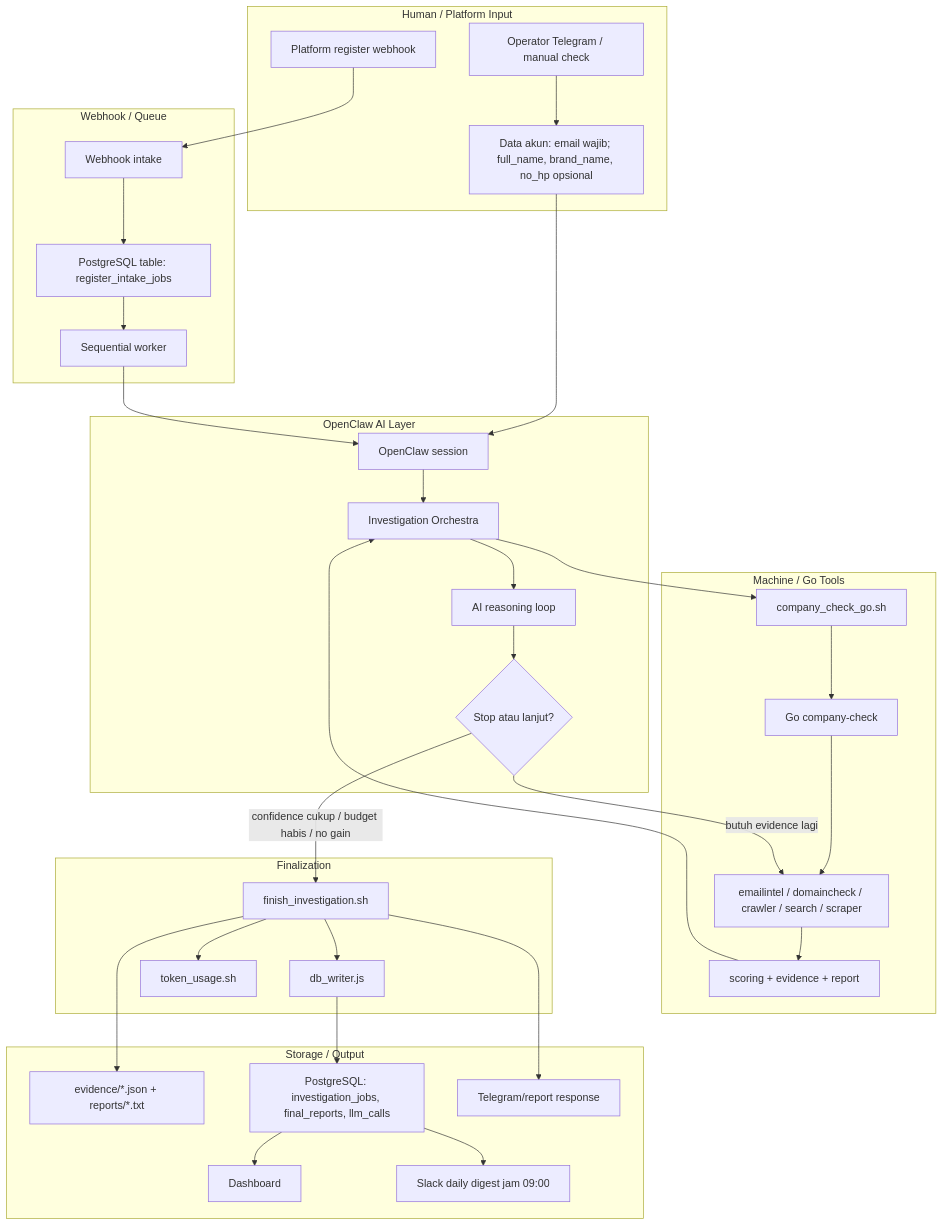
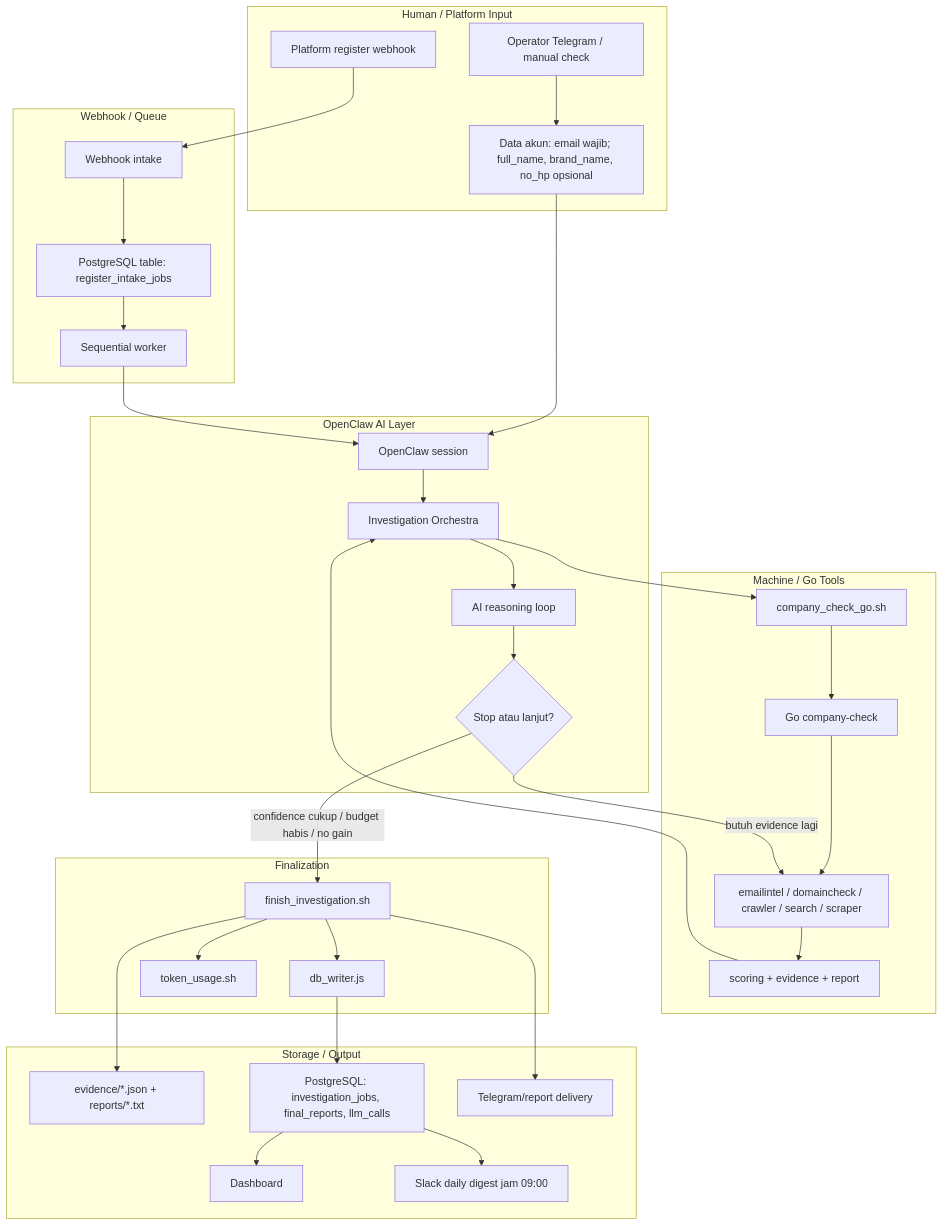
The second of 8 diagrams in docs/technical/FLOW_MAP.md (nunutech40/company-detector-bot), drawn with Mermaid before and after one commit. The commit also changed other lines of this file and 9 other files, not shown here.

````diff
--- a/docs/technical/FLOW_MAP.md
+++ b/docs/technical/FLOW_MAP.md
@@ -170,54 +173,54 @@
 ```mermaid
 flowchart TB
   subgraph human["Human / Platform Input"]
     H1["Operator Telegram / manual check"]
     H2["Platform register webhook"]
     H3["Data akun: email wajib; full_name, brand_name, no_hp opsional"]
   end
 
   subgraph intake["Webhook / Queue"]
     Q1["Webhook intake"]
     Q2["PostgreSQL table: register_intake_jobs"]
     Q3["Sequential worker"]
   end
 
   subgraph openclaw["OpenClaw AI Layer"]
     O1["OpenClaw session"]
     O2["Investigation Orchestra"]
     O3["AI reasoning loop"]
     O4{"Stop atau lanjut?"}
   end
 
   subgraph machine["Machine / Go Tools"]
     G1["company_check_go.sh"]
     G2["Go company-check"]
     G3["emailintel / domaincheck / crawler / search / scraper"]
     G4["scoring + evidence + report"]
   end
 
   subgraph finalization["Finalization"]
     F1["finish_investigation.sh"]
     F2["db_writer.js"]
     F3["token_usage.sh"]
   end
 
   subgraph output["Storage / Output"]
     S1["evidence/*.json + reports/*.txt"]
     S2["PostgreSQL: investigation_jobs, final_reports, llm_calls"]
     S3["Dashboard"]
     S4["Slack daily digest jam 09:00"]
-    S5["Telegram/report response"]
+    S5["Telegram/report delivery"]
   end
 
   H1 --> H3 --> O1
   H2 --> Q1 --> Q2 --> Q3 --> O1
   O1 --> O2 --> G1 --> G2 --> G3 --> G4 --> O2
   O2 --> O3 --> O4
   O4 -- "butuh evidence lagi" --> G3
   O4 -- "confidence cukup / budget habis / no gain" --> F1
   F1 --> S1
   F1 --> F2 --> S2 --> S3
   F1 --> F3
   F1 --> S5
   S2 --> S4
 ```
````
